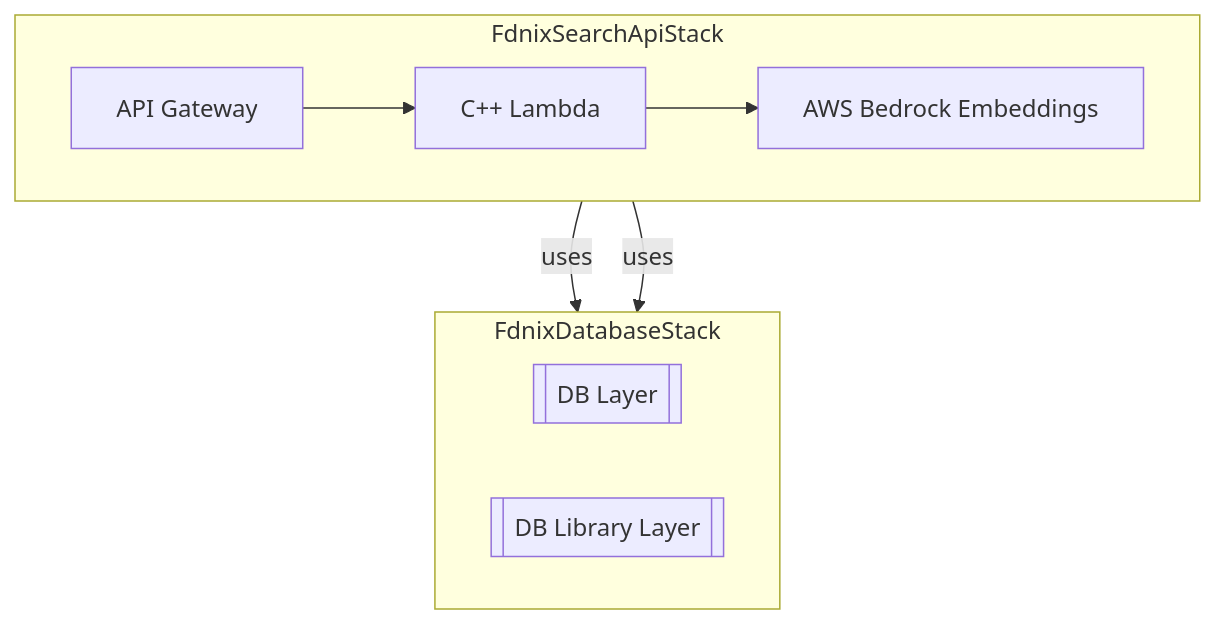
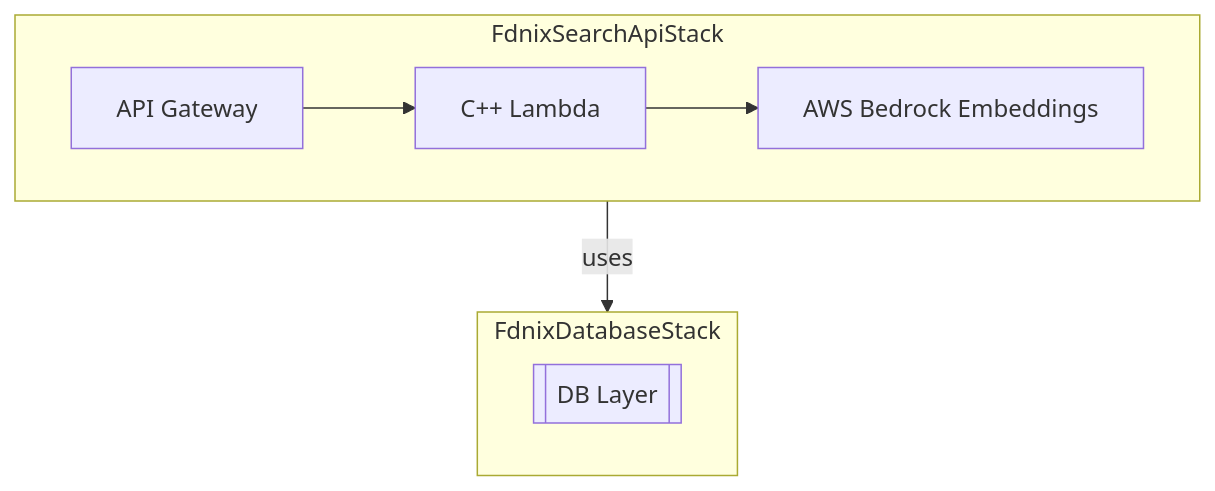
Before and after one commit to james-ralph8555/fdnix: the third of 4 diagrams in packages/cdk/README.md, drawn with Mermaid. The commit also changed other lines of this file and 9 other files, not shown here.

````diff
--- a/packages/cdk/README.md
+++ b/packages/cdk/README.md
@@ -93,17 +91,15 @@
 ```mermaid
 graph TD
     subgraph "FdnixSearchApiStack"
         direction LR
         api[API Gateway] --> lambda[C++ Lambda]
         lambda --> bedrock[AWS Bedrock Embeddings]
     end
 
     subgraph "FdnixDatabaseStack"
         direction LR
         db_layer[[DB Layer]]
-        db_lib_layer[[DB Library Layer]]
     end
 
     lambda -- uses --> db_layer
-    lambda -- uses --> db_lib_layer
 ```
````
